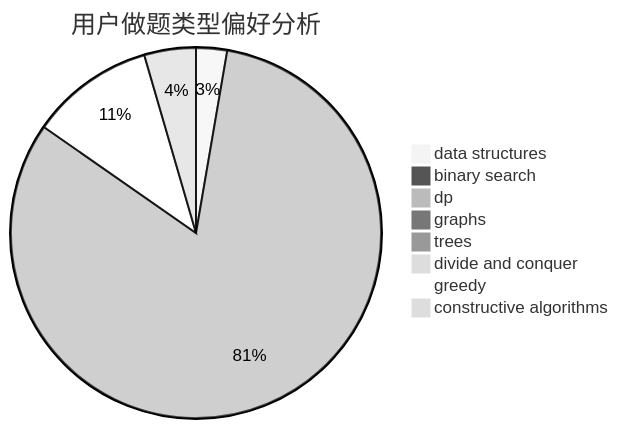
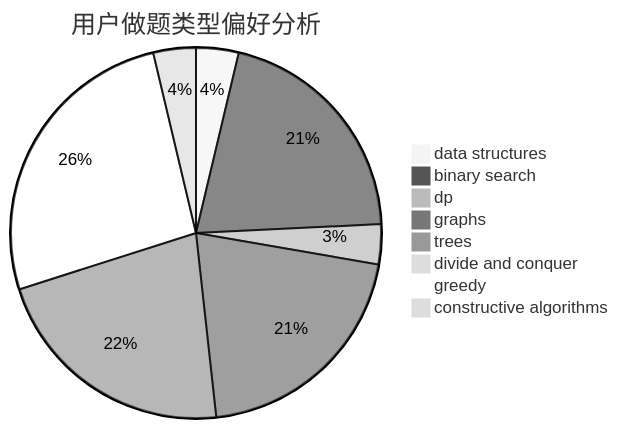
Before and after one commit to sherpahu/cfrs.github.io: the second of 3 diagrams in docs/user/u195.md, drawn with Mermaid (neutral theme). The commit also changed other lines of this file and 2770 other files, not shown here.

````diff
--- a/docs/user/u195.md
+++ b/docs/user/u195.md
@@ -23,11 +23,11 @@
 ```mermaid
 pie title 用户做题类型偏好分析
-    "data structures" :  3
-    "binary search" :  0
-    "dp" :  91
-    "graphs" :  0
-    "trees" :  1
+    "data structures" :  17
+    "binary search" :  94
+    "dp" :  16
+    "graphs" :  94
+    "trees" :  100
     "divide and conquer" :  0
-    "greedy" :  12
-    "constructive algorithms" :  5
+    "greedy" :  120
+    "constructive algorithms" :  17
 ```
````
